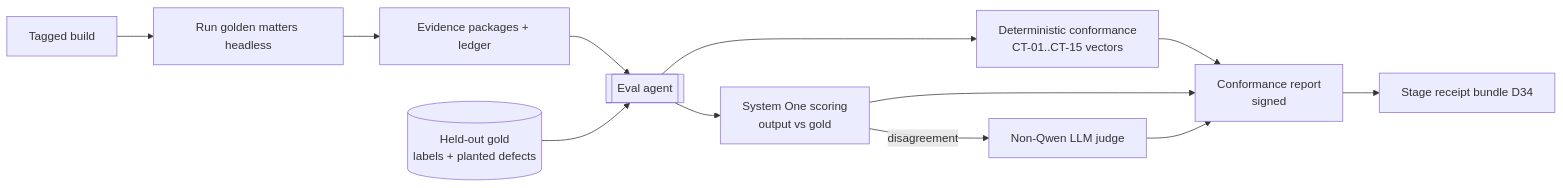
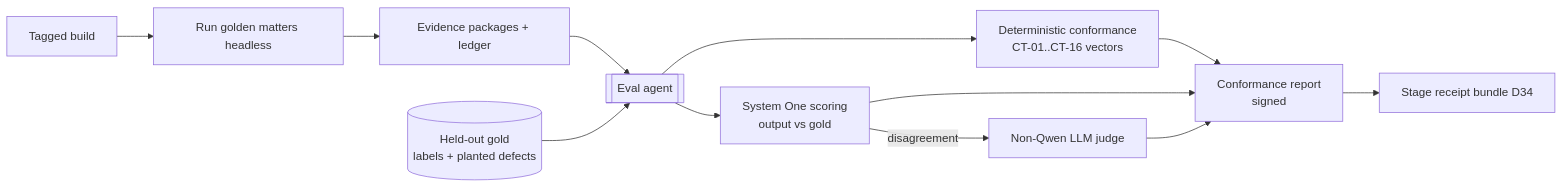
One commit to asimog/openadvocate changed diagram 11 of 13 in docs/C3-master-research-and-architecture.md. Above: the diagram before and after it, drawn with Mermaid. The commit also changed other lines of this file and 3 other files, not shown here.

````diff
--- a/docs/C3-master-research-and-architecture.md
+++ b/docs/C3-master-research-and-architecture.md
@@ -654,14 +654,14 @@
 ```mermaid
 flowchart LR
   BUILD[Tagged build] --> RUN[Run golden matters headless]
   RUN --> EXP[Evidence packages + ledger]
   EXP --> EA[[Eval agent]]
   HOLD[(Held-out gold<br/>labels + planted defects)] --> EA
-  EA --> DET[Deterministic conformance<br/>CT-01..CT-15 vectors]
+  EA --> DET[Deterministic conformance<br/>CT-01..CT-16 vectors]
   EA --> S1[System One scoring<br/>output vs gold]
   S1 -->|disagreement| JUDGE[Non-Qwen LLM judge]
   DET --> REP[Conformance report<br/>signed]
   S1 --> REP
   JUDGE --> REP
   REP --> RCPT[Stage receipt bundle D34]
 ```
````
